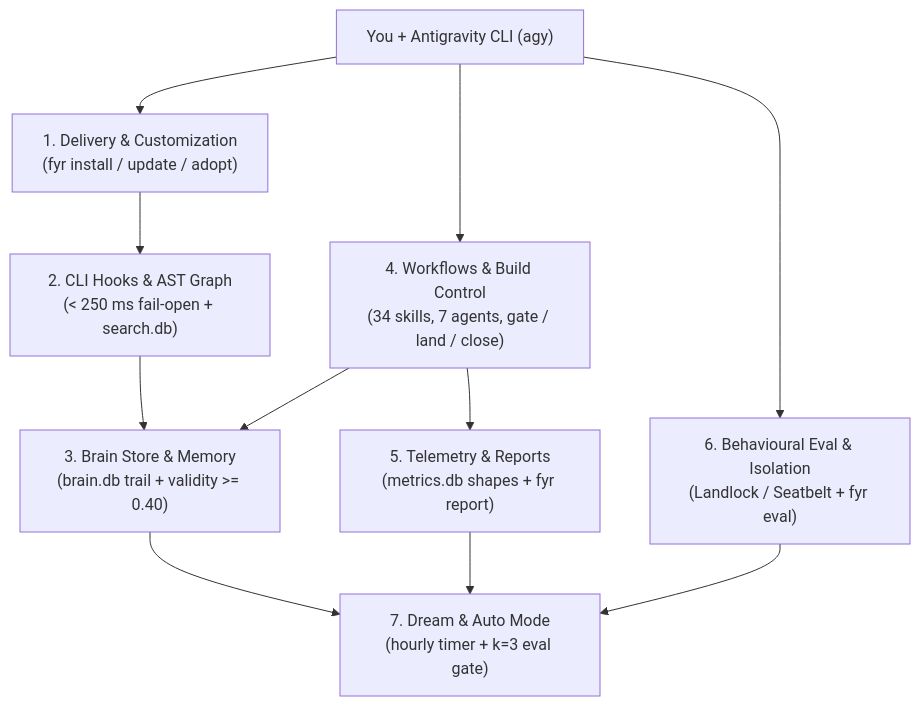
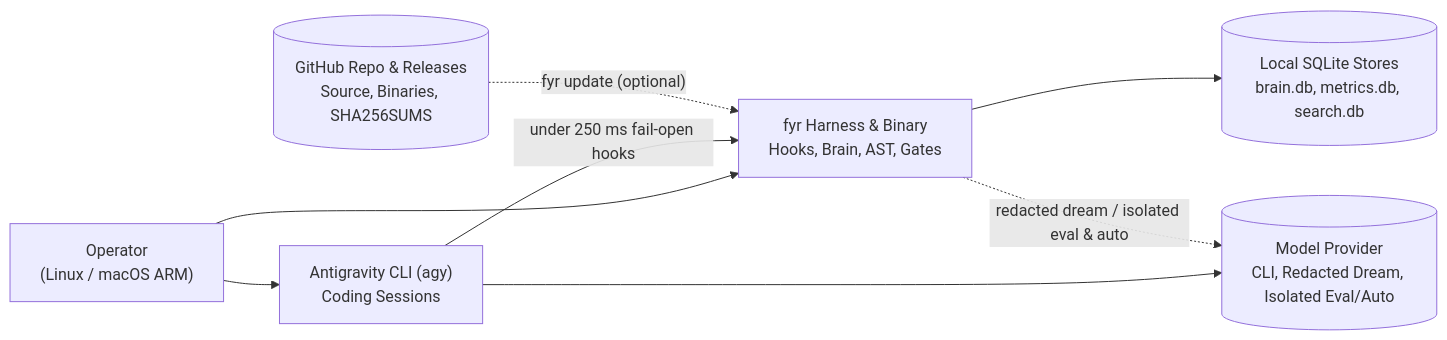
One commit to kesokaj/fyr changed the first of 3 diagrams in README.md. Above: the diagram before and after it, drawn with Mermaid. The commit also changed other lines of this file and 1 other file, not shown here.

Commit message:
squash: land work/p2b-readme-workflow-v2

````diff
--- a/README.md
+++ b/README.md
@@ -21,13 +7,16 @@
 ```mermaid
-flowchart TB
-    devEnv["You + Antigravity CLI (agy)"] --> delivery["1. Delivery & Customization\n(fyr install / update / adopt)"]
-    delivery --> hooks["2. CLI Hooks & AST Graph\n(< 250 ms fail-open + search.db)"]
-    hooks --> brain["3. Brain Store & Memory\n(brain.db trail + validity >= 0.40)"]
-    devEnv --> workflows["4. Workflows & Build Control\n(34 skills, 7 agents, gate / land / close)"]
-    workflows --> brain
-    workflows --> metrics["5. Telemetry & Reports\n(metrics.db shapes + fyr report)"]
-    devEnv --> evalIso["6. Behavioural Eval & Isolation\n(Landlock / Seatbelt + fyr eval)"]
-    metrics --> dreamAuto["7. Dream & Auto Mode\n(hourly timer + k=3 eval gate)"]
-    brain --> dreamAuto
-    evalIso --> dreamAuto
+flowchart LR
+    devUser["Operator\n(Linux / macOS ARM)"]
+    agy["Antigravity CLI (agy)\nCoding Sessions"]
+    fyrSys["fyr Harness & Binary\nHooks, Brain, AST, Gates"]
+    stores[("Local SQLite Stores\nbrain.db, metrics.db, search.db")]
+    github[("GitHub Repo & Releases\nSource, Binaries, SHA256SUMS")]
+    provider[("Model Provider\nCLI, Redacted Dream, Isolated Eval/Auto")]
+    devUser --> agy
+    devUser --> fyrSys
+    agy -- "under 250 ms fail-open hooks" --> fyrSys
+    fyrSys --> stores
+    github -. "fyr update (optional)" .-> fyrSys
+    agy --> provider
+    fyrSys -. "redacted dream / isolated eval & auto" .-> provider
 ```
````
